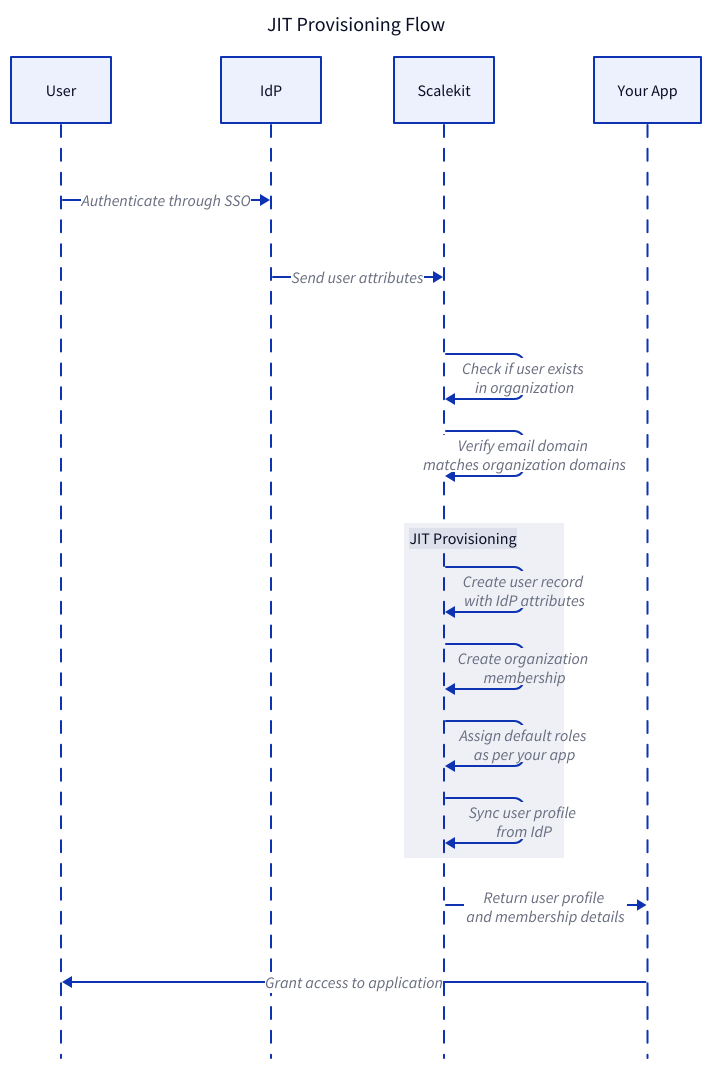
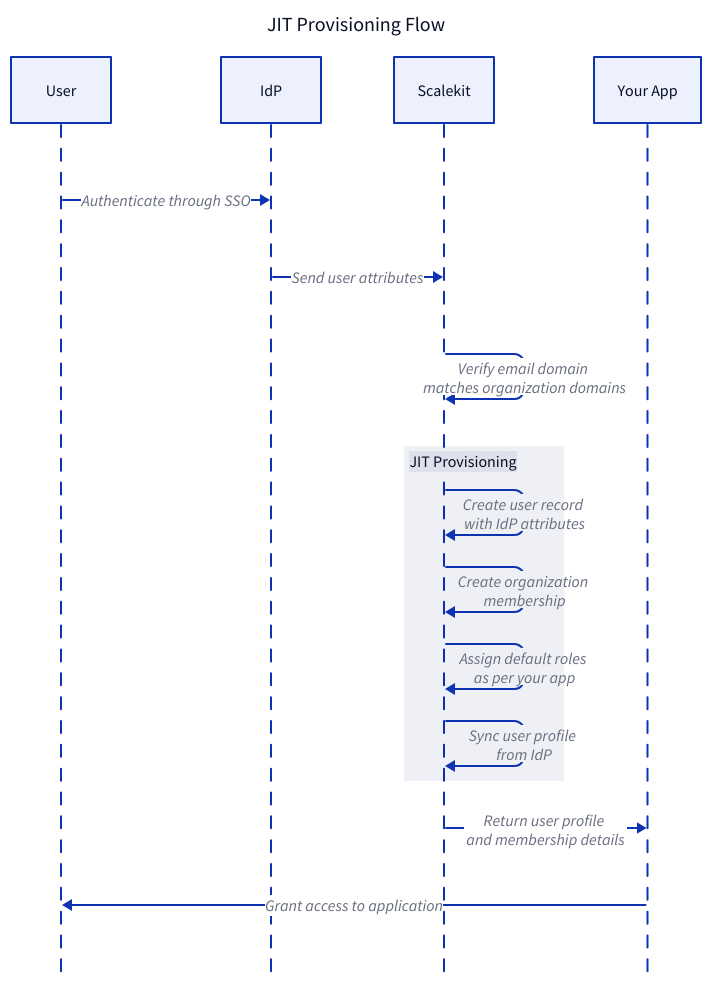
Before and after one commit to scalekit-inc/developer-docs: the diagram in src/content/docs/authenticate/manage-users-orgs/jit-provisioning.mdx, drawn with D2. The commit also changed 5 other files, not shown here.

Commit message:
Add SCIM provisioning docs and diagrams

````diff
--- a/src/content/docs/authenticate/manage-users-orgs/jit-provisioning.mdx
+++ b/src/content/docs/authenticate/manage-users-orgs/jit-provisioning.mdx
@@ -32,22 +32,21 @@
 ```d2 pad=50
 title: "JIT Provisioning Flow" {
   near: top-center
   shape: text
   style.font-size: 20
 }
 
 shape: sequence_diagram
 
 User -> IdP: Authenticate through SSO
 IdP -> Scalekit: Send user attributes
-Scalekit -> Scalekit: Check if user exists \n in organization
 Scalekit -> Scalekit: Verify email domain \n matches organization domains
 JIT Provisioning: {
 Scalekit -> Scalekit: Create user record \n with IdP attributes
 Scalekit -> Scalekit: Create organization \n membership
 Scalekit -> Scalekit: Assign default roles \n as per your app
 Scalekit -> Scalekit: Sync user profile \n from IdP
 }
 Scalekit -> Your App: Return user profile \n and membership details
 Your App -> User: Grant access to application
 ```
````
